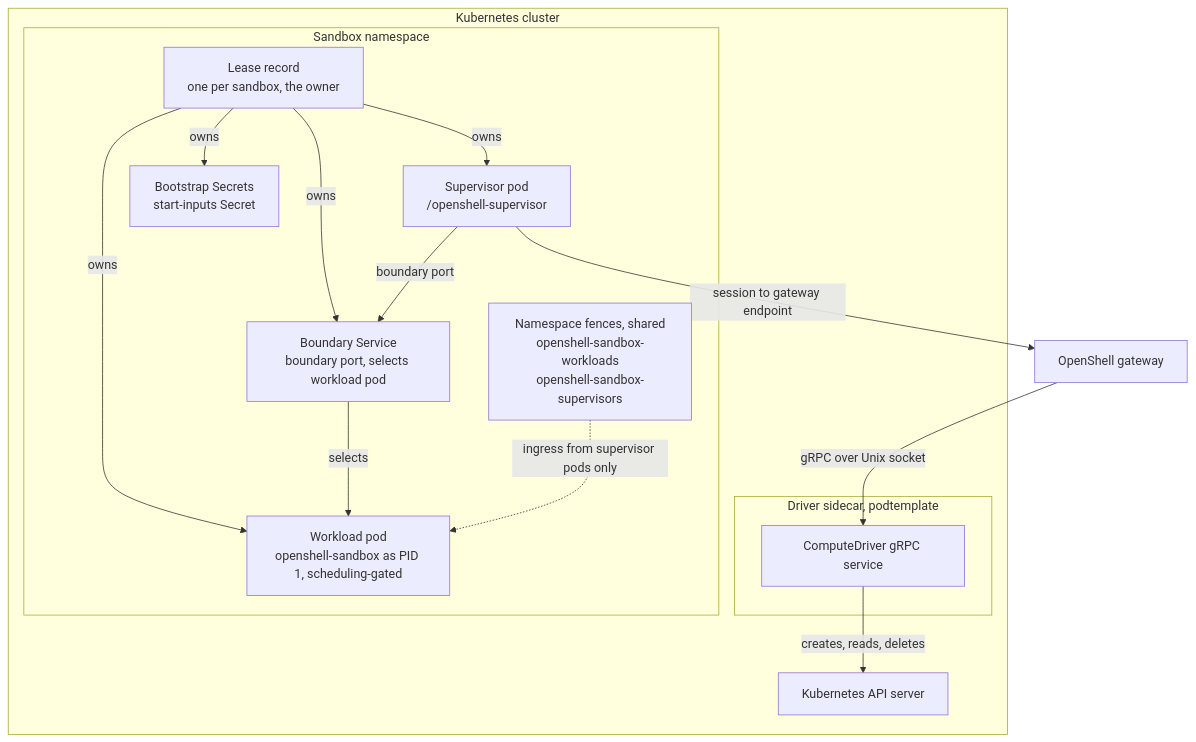
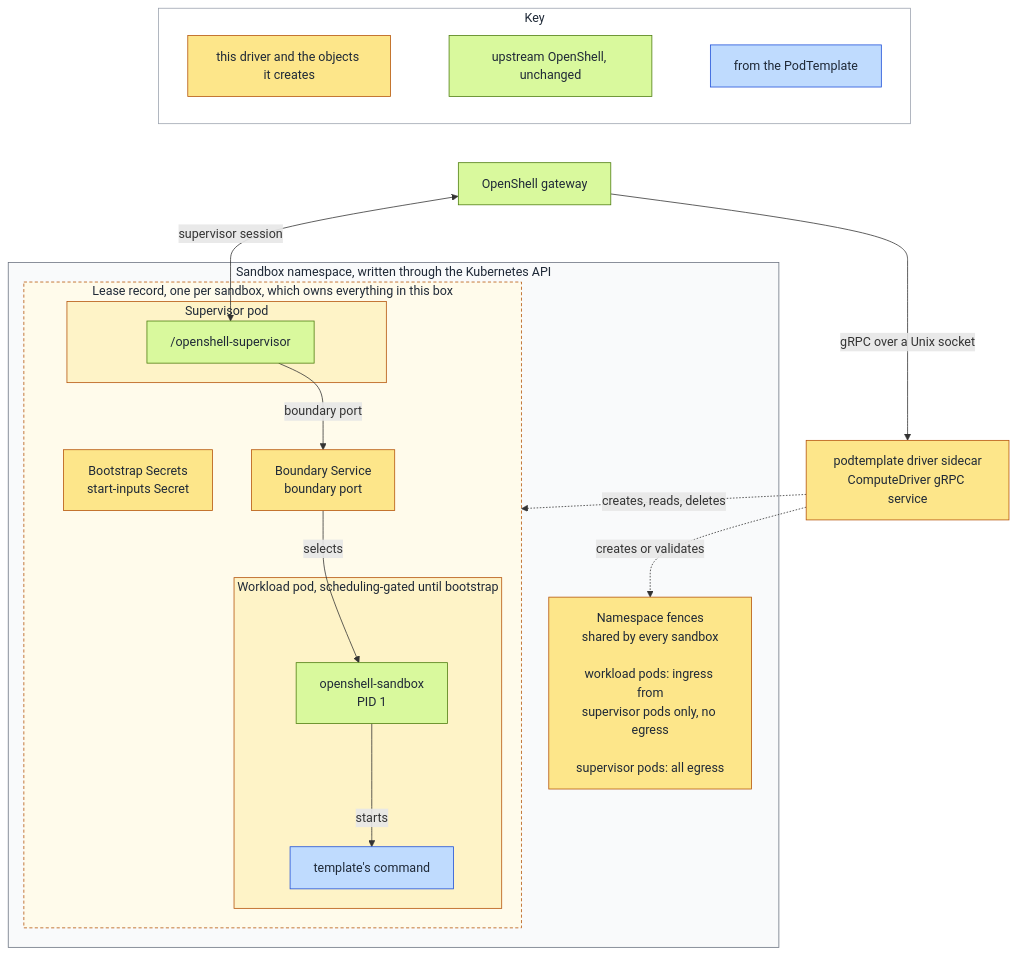
One commit to joshsymonds/openshell-driver-podtemplate changed the first of 3 diagrams in ARCHITECTURE.md. Above: the diagram before and after it, drawn with Mermaid. The commit also changed other lines of this file and 1 other file, not shown here.

Commit message:
Redraw the architecture diagrams by ownership
Color every diagram in README.md and ARCHITECTURE.md by who provides each
part: this driver, upstream OpenShell, or the PodTemplate. Split the README
overview into where the driver sits in OpenShell and what it does for each
ComputeDriver call, and add a diagram of how a PodTemplate becomes the
workload pod.

Document that Stop does not keep the workload's files. The stock Kubernetes
driver keeps a per-sandbox workspace PVC across Stop; this driver creates
none, so emptyDir volumes and container filesystems are lost. Add a
"What survives Stop" comparison to ARCHITECTURE.md and a Limits entry to
the README.

````diff
--- a/ARCHITECTURE.md
+++ b/ARCHITECTURE.md
@@ -16,28 +16,47 @@
 ```mermaid
 flowchart TB
-    gateway["OpenShell gateway"]
-    subgraph cluster["Kubernetes cluster"]
-        api["Kubernetes API server"]
-        subgraph driver["Driver sidecar, podtemplate"]
-            service["ComputeDriver gRPC service"]
-        end
-        subgraph ns["Sandbox namespace"]
-            fences["Namespace fences, shared<br/>openshell-sandbox-workloads<br/>openshell-sandbox-supervisors"]
-            lease["Lease record<br/>one per sandbox, the owner"]
-            boundary["Boundary Service<br/>boundary port, selects workload pod"]
-            supervisor["Supervisor pod<br/>/openshell-supervisor"]
-            workload["Workload pod<br/>openshell-sandbox as PID 1, scheduling-gated"]
-            secrets["Bootstrap Secrets<br/>start-inputs Secret"]
-        end
+  classDef driver fill:#fde68a,stroke:#b45309,color:#1f2937
+  classDef openshell fill:#d9f99d,stroke:#4d7c0f,color:#1f2937
+  classDef yours fill:#bfdbfe,stroke:#1d4ed8,color:#1f2937
+
+  subgraph key["Key"]
+    direction LR
+    k1["this driver and the objects it creates"]:::driver
+    k2["upstream OpenShell, unchanged"]:::openshell
+    k3["from the PodTemplate"]:::yours
+    k1 ~~~ k2 ~~~ k3
+  end
+
+  gateway["OpenShell gateway"]:::openshell
+  drv["podtemplate driver sidecar<br/>ComputeDriver gRPC service"]:::driver
+  subgraph ns["Sandbox namespace, written through the Kubernetes API"]
+    fences["Namespace fences<br/>shared by every sandbox<br/><br/>workload pods: ingress from<br/>supervisor pods only, no egress<br/><br/>supervisor pods: all egress"]:::driver
+    subgraph owned["Lease record, one per sandbox, which owns everything in this box"]
+      secrets["Bootstrap Secrets<br/>start-inputs Secret"]:::driver
+      subgraph suppod["Supervisor pod"]
+        sup["/openshell-supervisor"]:::openshell
+      end
+      svc["Boundary Service<br/>boundary port"]:::driver
+      subgraph wlpod["Workload pod, scheduling-gated until bootstrap"]
+        rt["openshell-sandbox<br/>PID 1"]:::openshell
+        app["template's command"]:::yours
+      end
     end
-    gateway -->|"gRPC over Unix socket"| service
-    service -->|"creates, reads, deletes"| api
-    lease -->|"owns"| boundary
-    lease -->|"owns"| supervisor
-    lease -->|"owns"| workload
-    lease -->|"owns"| secrets
-    supervisor -->|"session to gateway endpoint"| gateway
-    supervisor -->|"boundary port"| boundary
-    boundary -->|"selects"| workload
-    fences -.->|"ingress from supervisor pods only"| workload
+  end
+
+  key ~~~ gateway
+  gateway -->|"gRPC over a Unix socket"| drv
+  drv -.->|"creates or validates"| fences
+  drv -.->|"creates, reads, deletes"| owned
+  gateway <-->|"supervisor session"| sup
+  sup -->|"boundary port"| svc
+  svc -->|"selects"| rt
+  rt -->|"starts"| app
+  sup ~~~ secrets
+
+  style key fill:#ffffff,stroke:#9ca3af,color:#1f2937
+  style ns fill:#f9fafb,stroke:#6b7280,color:#1f2937
+  style owned fill:#fffbeb,stroke:#b45309,stroke-dasharray:4 3,color:#1f2937
+  style suppod fill:#fef3c7,stroke:#b45309,color:#1f2937
+  style wlpod fill:#fef3c7,stroke:#b45309,color:#1f2937
 ```
````
